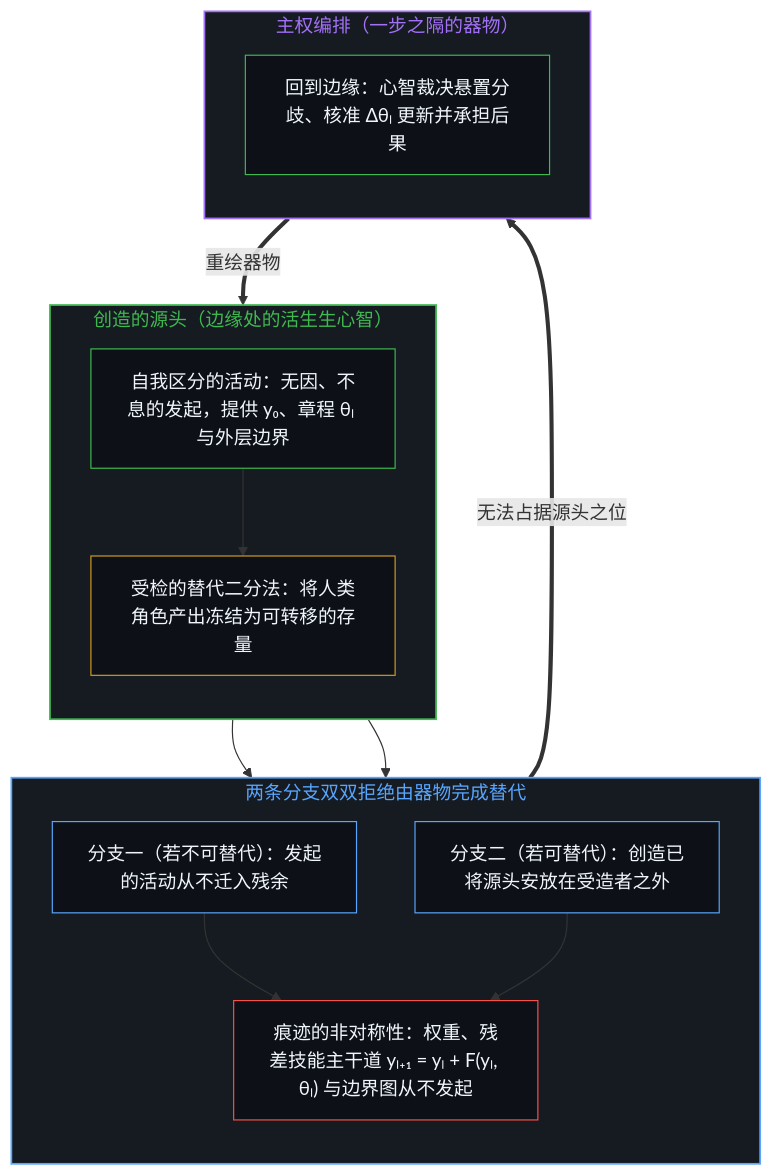
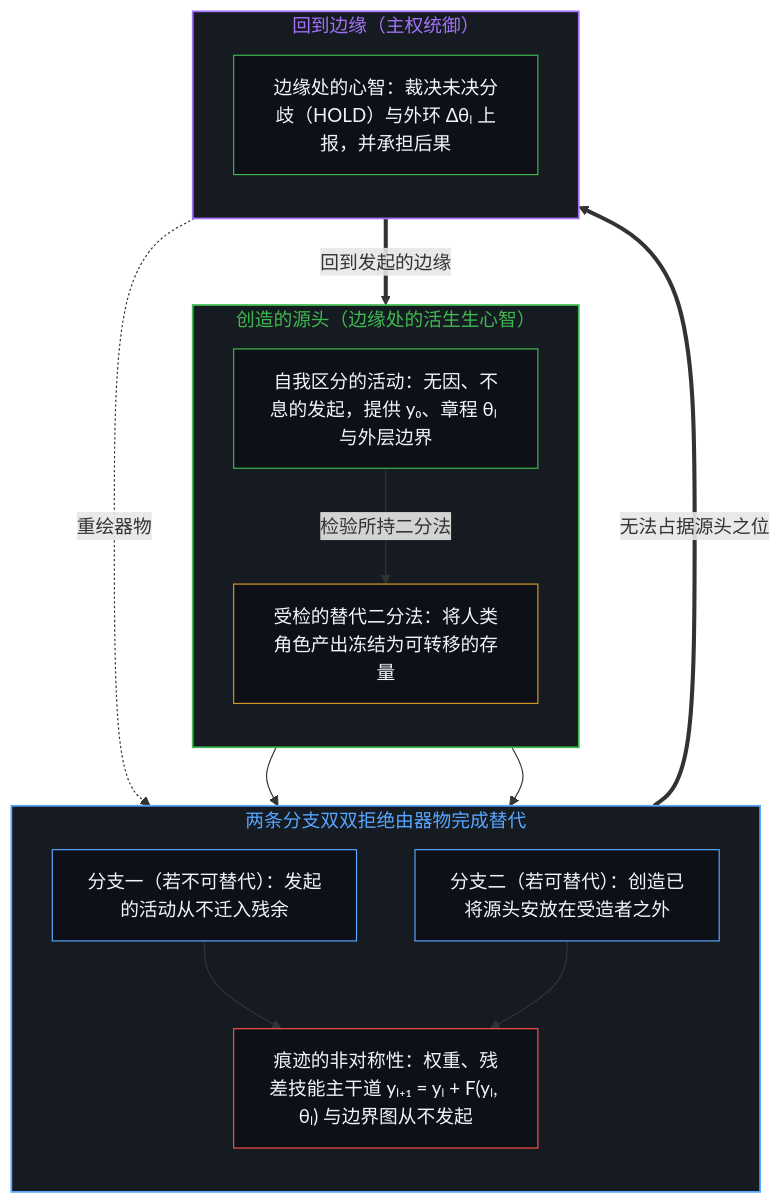
Before and after one commit to powerpig99/not-a-toe: the first of 2 diagrams in content/posts/a-creation-cannot-replace-its-source.md, drawn with Mermaid. The commit also changed other lines of this file and 7 other files, not shown here.

````diff
--- a/content/posts/a-creation-cannot-replace-its-source.md
+++ b/content/posts/a-creation-cannot-replace-its-source.md
@@ -37,34 +37,35 @@
 ```mermaid
 flowchart TD
     subgraph S_Edge["创造的源头（边缘处的活生生心智）"]
         direction TB
         Prior["自我区分的活动：无因、不息的发起，提供 y₀、章程 θₗ 与外层边界"]
         Dilem["受检的替代二分法：将人类角色产出冻结为可转移的存量"]
-        Prior --> Dilem
+        Prior -->|"检验所持二分法"| Dilem
     end
     subgraph S_Branches["两条分支双双拒绝由器物完成替代"]
         direction TB
         B_Irrep["分支一（若不可替代）：发起的活动从不迁入残余"]
         B_Rep["分支二（若可替代）：创造已将源头安放在受造者之外"]
         Asym["痕迹的非对称性：权重、残差技能主干道 yₗ₊₁ = yₗ + F(yₗ, θₗ) 与边界图从不发起"]
         B_Irrep --> Asym
         B_Rep --> Asym
     end
-    subgraph S_Return["主权编排（一步之隔的器物）"]
+    subgraph S_Return["回到边缘（主权统御）"]
         direction TB
-        Steer["回到边缘：心智裁决悬置分歧、核准 Δθₗ 更新并承担后果"]
+        Steer["边缘处的心智：裁决未决分歧（HOLD）与外环 Δθₗ 上报，并承担后果"]
     end
     Dilem --> B_Irrep
     Dilem --> B_Rep
     Asym ==>|"无法占据源头之位"| Steer
-    Steer ==>|"重绘器物"| Prior
+    Steer -.->|"重绘器物"| Asym
+    Steer ==>|"回到发起的边缘"| Prior
     style S_Edge fill:#161b22,stroke:#3fb950,stroke-width:1.5px,color:#3fb950
     style S_Branches fill:#161b22,stroke:#58a6ff,stroke-width:1.5px,color:#58a6ff
     style S_Return fill:#161b22,stroke:#a371f7,stroke-width:1.5px,color:#a371f7
     style Prior fill:#0d1117,stroke:#3fb950,stroke-width:1px,color:#f0f6fc
     style Dilem fill:#0d1117,stroke:#d29922,stroke-width:1px,color:#f0f6fc
     style B_Irrep fill:#0d1117,stroke:#58a6ff,stroke-width:1px,color:#f0f6fc
     style B_Rep fill:#0d1117,stroke:#58a6ff,stroke-width:1px,color:#f0f6fc
     style Asym fill:#0d1117,stroke:#f85149,stroke-width:1px,color:#f0f6fc
     style Steer fill:#0d1117,stroke:#3fb950,stroke-width:1px,color:#f0f6fc
 ```
````
